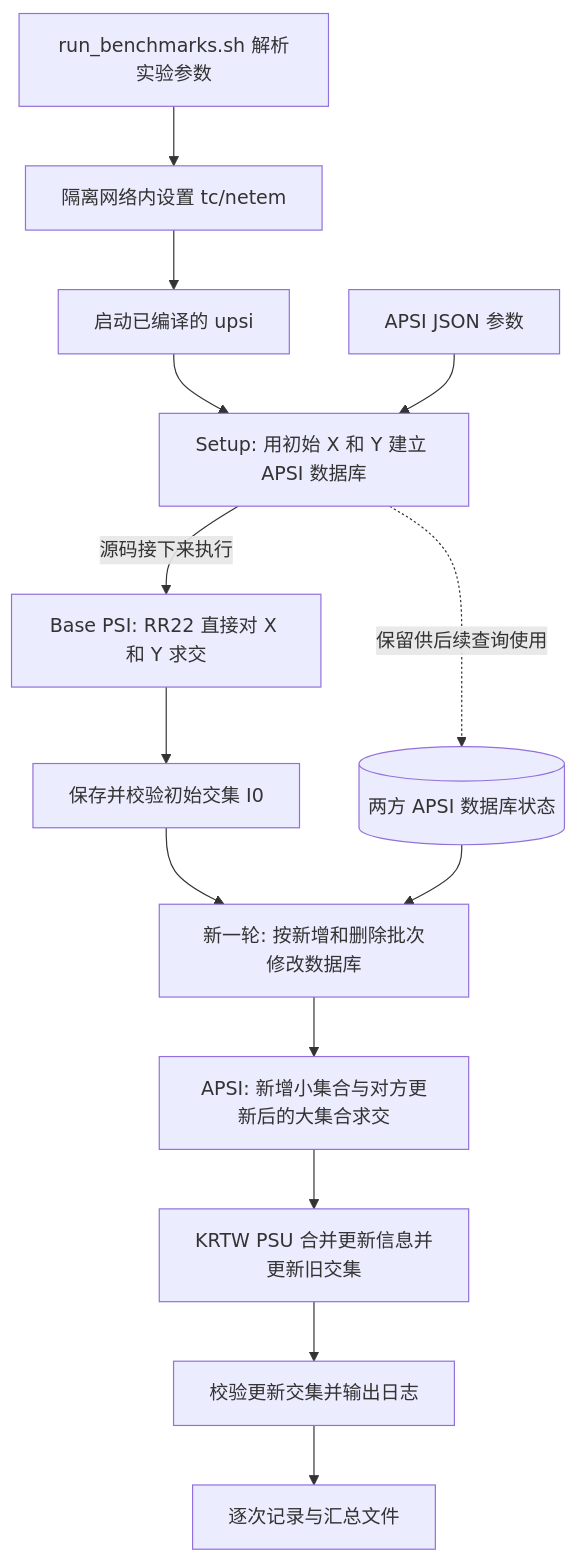
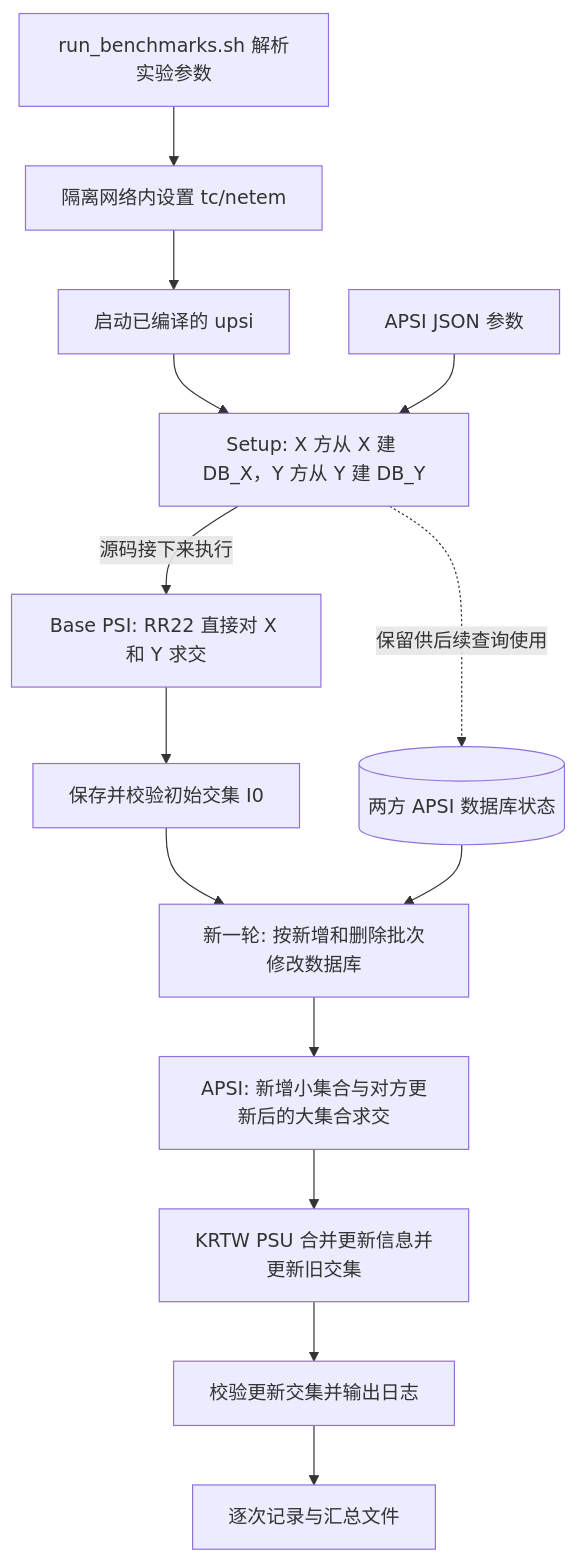
One commit to METEOR6699/METEOR6699.github.io changed the diagram in content/post/upsi-reproduction-wsl2.zh.md. Above: the diagram before and after it, drawn with Mermaid. The commit also changed other lines of this file, not shown here.

Commit message:
Explain APSI database preparation and query lifecycle

```diff
--- a/content/post/upsi-reproduction-wsl2.zh.md
+++ b/content/post/upsi-reproduction-wsl2.zh.md
@@ -162,16 +162,16 @@
 {{< mermaid >}}
 flowchart TD
     A[run_benchmarks.sh 解析实验参数] --> B[隔离网络内设置 tc/netem]
     B --> D[启动已编译的 upsi]
-    D --> E[Setup: 用初始 X 和 Y 建立 APSI 数据库]
+    D --> E[Setup: X 方从 X 建 DB_X，Y 方从 Y 建 DB_Y]
     J[APSI JSON 参数] --> E
     E -->|源码接下来执行| F[Base PSI: RR22 直接对 X 和 Y 求交]
     F --> G[保存并校验初始交集 I0]
     E -. 保留供后续查询使用 .-> S[(两方 APSI 数据库状态)]
     G --> H[新一轮: 按新增和删除批次修改数据库]
     S --> H
     H --> Q[APSI: 新增小集合与对方更新后的大集合求交]
     Q --> P[KRTW PSU 合并更新信息并更新旧交集]
     P --> I[校验更新交集并输出日志]
     I --> K[逐次记录与汇总文件]
 {{< /mermaid >}}
```
